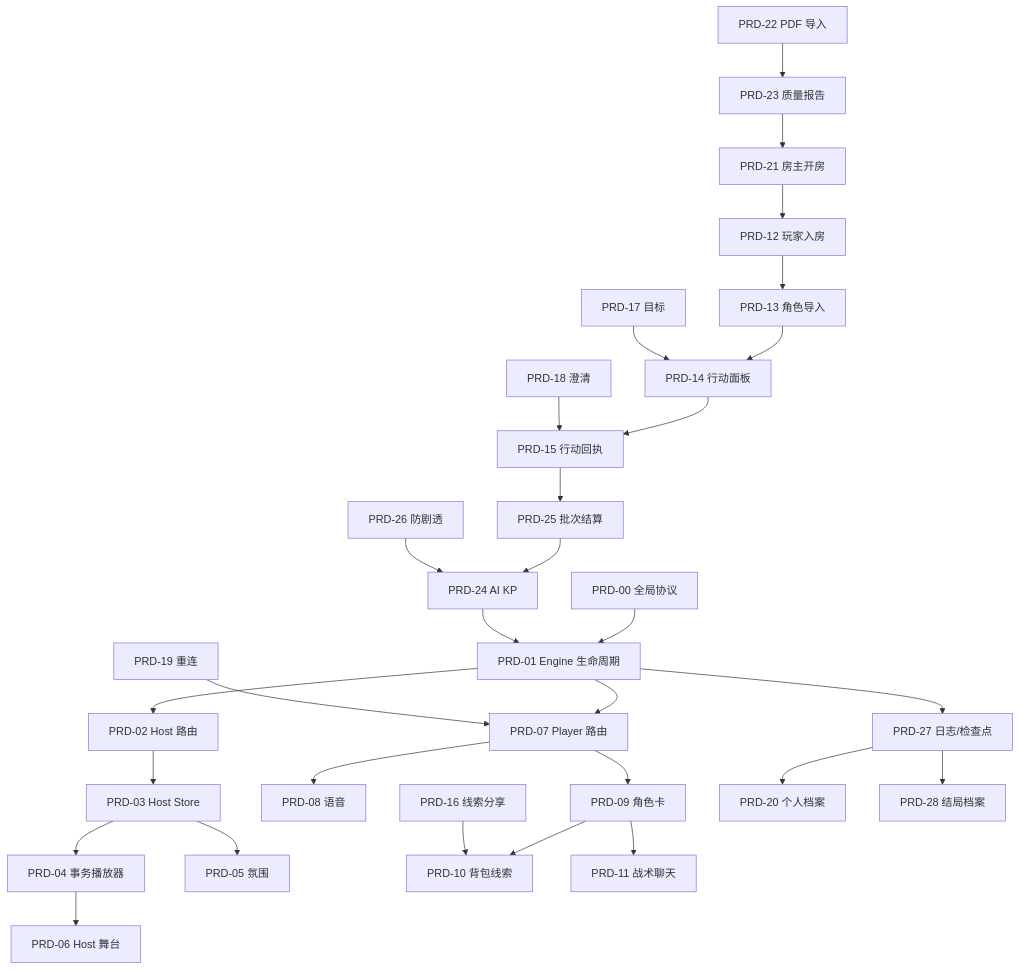
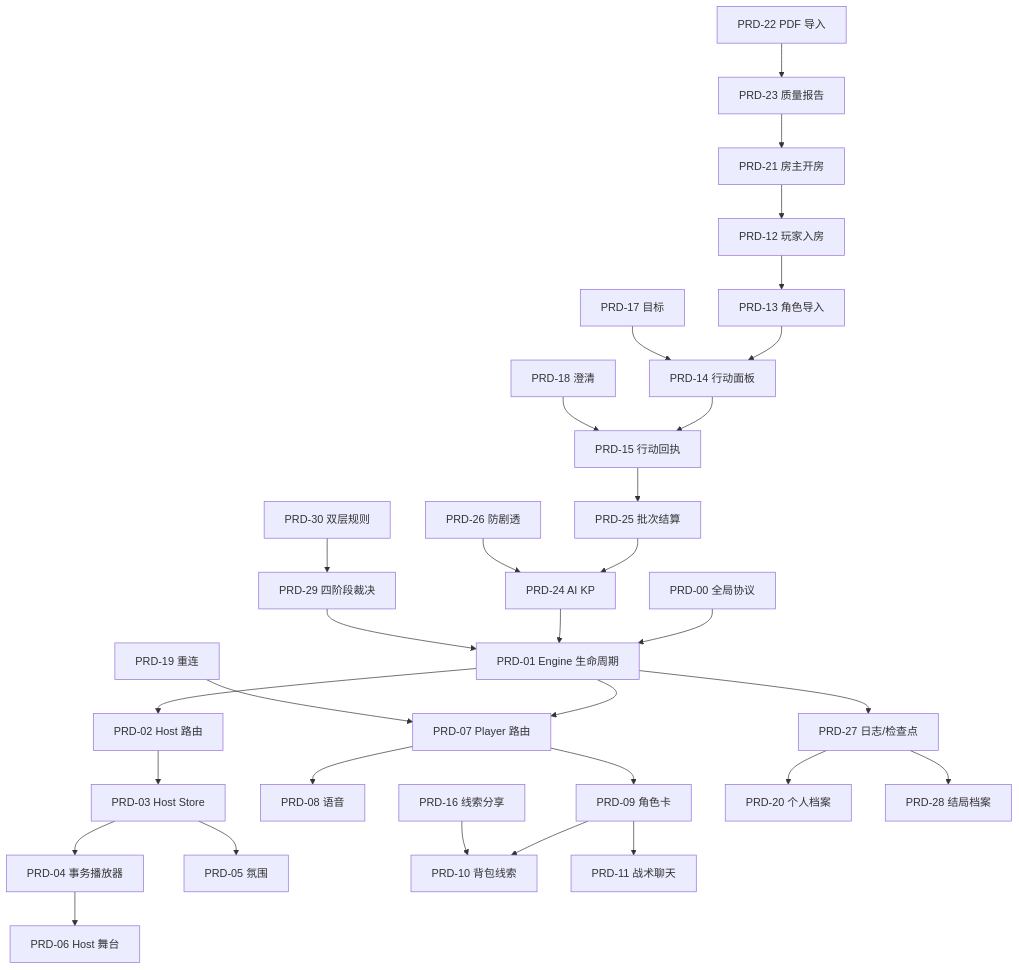
The diagram in docs/PRDs/README.md (tzq12138/Trpg-AIkeeper), drawn with Mermaid before and after one commit. The commit also changed other lines of this file and 35 other files, not shown here.

````diff
--- a/docs/PRDs/README.md
+++ b/docs/PRDs/README.md
@@ -115,36 +123,38 @@
 ```mermaid
 flowchart TD
   P00["PRD-00 全局协议"] --> P01["PRD-01 Engine 生命周期"]
 
   P22["PRD-22 PDF 导入"] --> P23["PRD-23 质量报告"]
   P23 --> P21["PRD-21 房主开房"]
   P21 --> P12["PRD-12 玩家入房"]
 
   P12 --> P13["PRD-13 角色导入"]
   P13 --> P14["PRD-14 行动面板"]
   P14 --> P15["PRD-15 行动回执"]
   P15 --> P25["PRD-25 批次结算"]
   P25 --> P24["PRD-24 AI KP"]
   P26["PRD-26 防剧透"] --> P24
   P24 --> P01
+  P29["PRD-29 四阶段裁决"] --> P01
+  P30["PRD-30 双层规则"] --> P29
 
   P01 --> P02["PRD-02 Host 路由"]
   P02 --> P03["PRD-03 Host Store"]
   P03 --> P04["PRD-04 事务播放器"]
   P04 --> P06["PRD-06 Host 舞台"]
   P03 --> P05["PRD-05 氛围"]
 
   P01 --> P07["PRD-07 Player 路由"]
   P07 --> P08["PRD-08 语音"]
   P07 --> P09["PRD-09 角色卡"]
   P09 --> P10["PRD-10 背包线索"]
   P09 --> P11["PRD-11 战术聊天"]
   P16["PRD-16 线索分享"] --> P10
   P17["PRD-17 目标"] --> P14
   P18["PRD-18 澄清"] --> P15
   P19["PRD-19 重连"] --> P07
 
   P01 --> P27["PRD-27 日志/检查点"]
   P27 --> P20["PRD-20 个人档案"]
   P27 --> P28["PRD-28 结局档案"]
 ```
````
